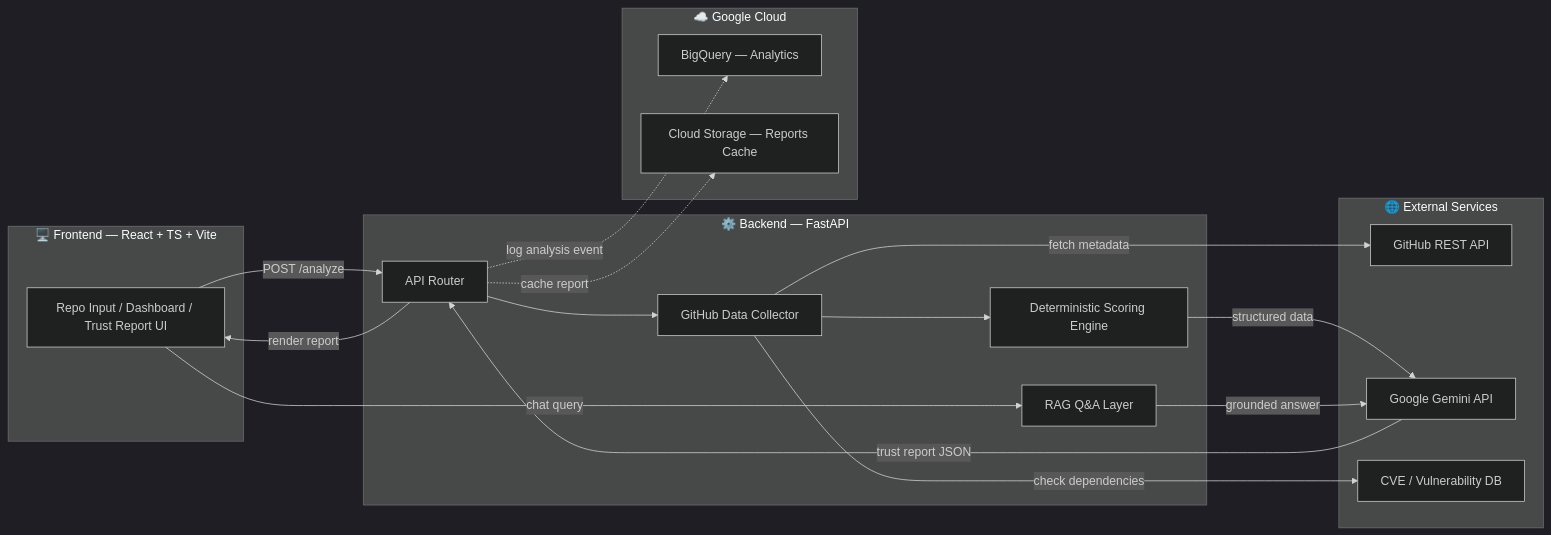
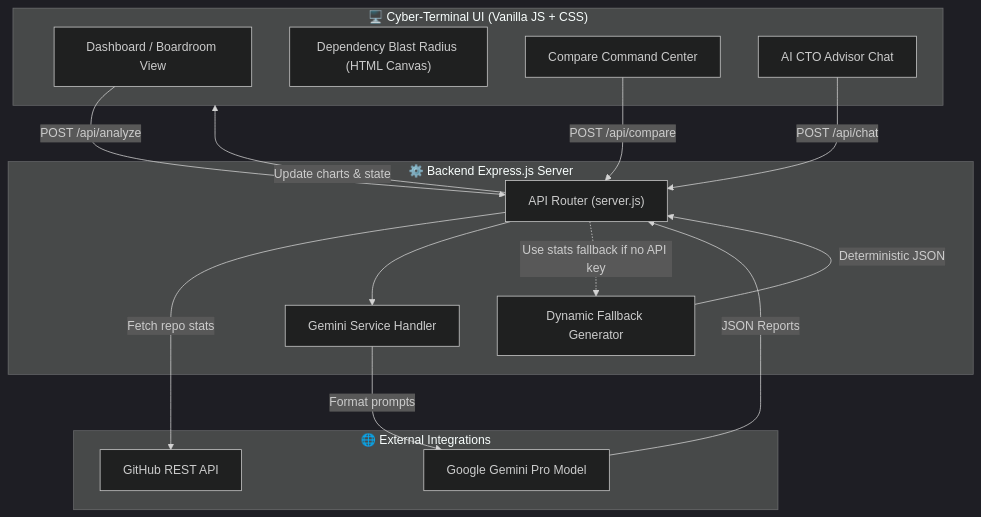
The diagram in README.md (CapedCrusader77/Gen-AI-Hackathon), drawn with Mermaid (dark theme) before and after one commit. The commit also changed other lines of this file, not shown here.

Commit message:
docs: Update README to reflect Express backend and Decision Intelligence features

````diff
--- a/README.md
+++ b/README.md
@@ -92,37 +66,33 @@
 ```mermaid
-flowchart LR
-    subgraph Client["🖥️ Frontend — React + TS + Vite"]
-        UI["Repo Input / Dashboard / Trust Report UI"]
+flowchart TD
+    subgraph Client["🖥️ Cyber-Terminal UI (Vanilla JS + CSS)"]
+        Dash["Dashboard / Boardroom View"]
+        Blast["Dependency Blast Radius (HTML Canvas)"]
+        Comp["Compare Command Center"]
+        Chat["AI CTO Advisor Chat"]
     end
 
-    subgraph API["⚙️ Backend — FastAPI"]
-        Router["API Router"]
-        Collector["GitHub Data Collector"]
-        Scorer["Deterministic Scoring Engine"]
-        RAG["RAG Q&A Layer"]
+    subgraph API["⚙️ Backend Express.js Server"]
+        Router["API Router (server.js)"]
+        Mock["Dynamic Fallback Generator"]
+        GeminiClient["Gemini Service Handler"]
     end
 
-    subgraph External["🌐 External Services"]
+    subgraph External["🌐 External Integrations"]
         GH["GitHub REST API"]
-        Gemini["Google Gemini API"]
-        CVE["CVE / Vulnerability DB"]
+        Gemini["Google Gemini Pro Model"]
     end
 
-    subgraph Cloud["☁️ Google Cloud"]
-        BQ["BigQuery — Analytics"]
-        Store["Cloud Storage — Reports Cache"]
-    end
+    Dash -->|"POST /api/analyze"| Router
+    Comp -->|"POST /api/compare"| Router
+    Chat -->|"POST /api/chat"| Router
 
-    UI -->|"POST /analyze"| Router
-    Router --> Collector
-    Collector -->|"fetch metadata"| GH
-    Collector -->|"check dependencies"| CVE
-    Collector --> Scorer
-    Scorer -->|"structured data"| Gemini
-    Gemini -->|"trust report JSON"| Router
-    Router -->|"render report"| UI
-    UI -->|"chat query"| RAG
-    RAG -->|"grounded answer"| Gemini
-    Router -.->|"log analysis event"| BQ
-    Router -.->|"cache report"| Store
+    Router -->|"Fetch repo stats"| GH
+    Router --> GeminiClient
+    GeminiClient -->|"Format prompts"| Gemini
+    Router -.->|"Use stats fallback if no API key"| Mock
+    
+    Gemini -->|"JSON Reports"| Router
+    Mock -->|"Deterministic JSON"| Router
+    Router -->|"Update charts & state"| Client
 ```
````
